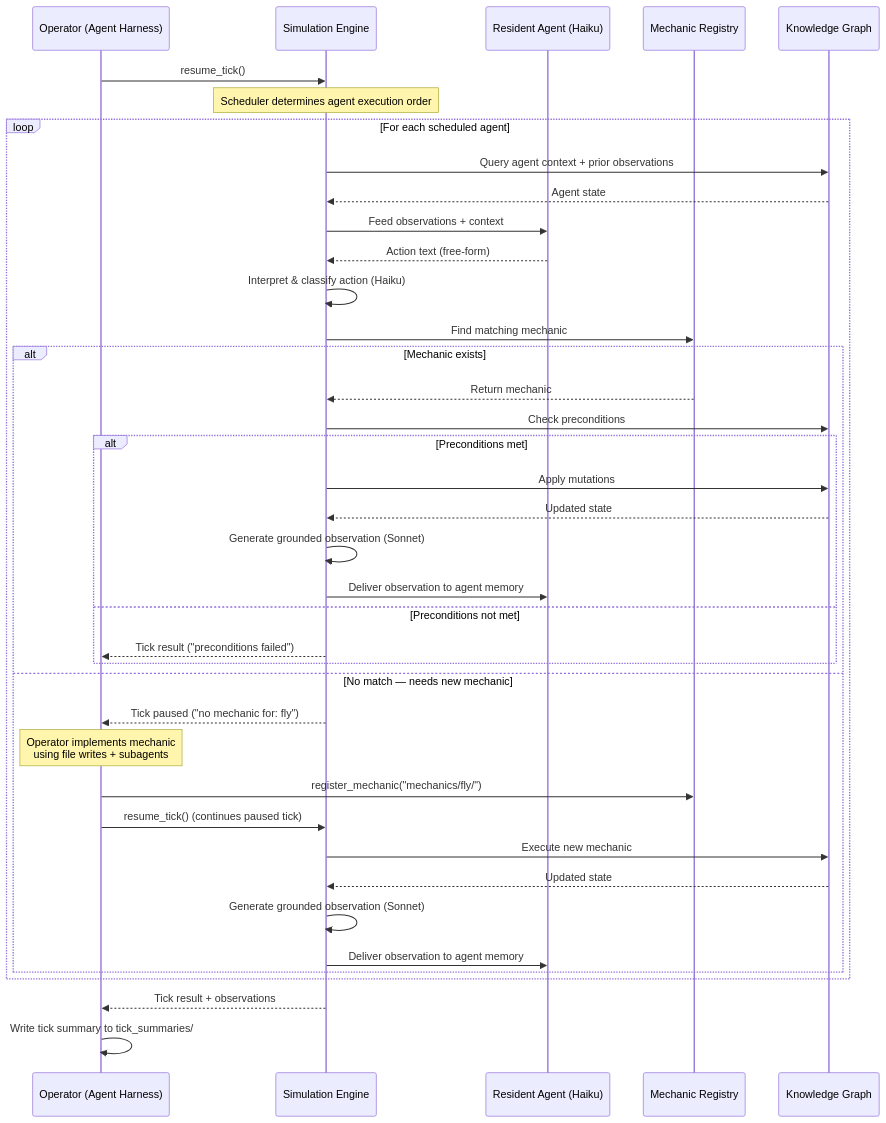
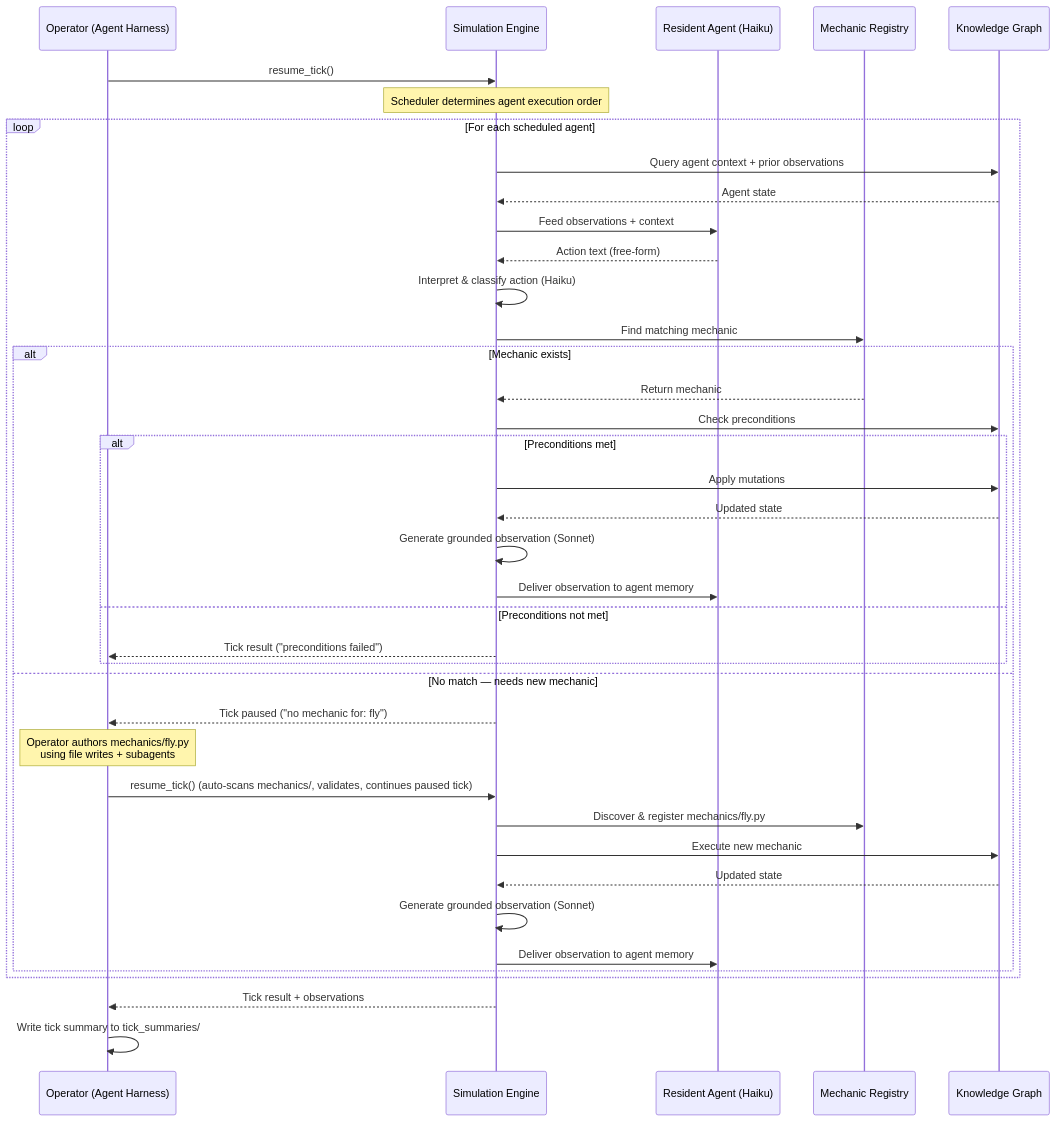
The second of 3 diagrams in docs/design/architecture.md (reubenjohn/token-world), drawn with Mermaid before and after one commit. The commit also changed other lines of this file and 10 other files, not shown here.

````diff
--- a/docs/design/architecture.md
+++ b/docs/design/architecture.md
@@ -42,44 +41,44 @@
 ```mermaid
 sequenceDiagram
     participant O as Operator (Agent Harness)
     participant E as Simulation Engine
     participant A as Resident Agent (Haiku)
     participant M as Mechanic Registry
     participant G as Knowledge Graph
 
     O->>E: resume_tick()
     Note over E: Scheduler determines agent execution order
 
     loop For each scheduled agent
         E->>G: Query agent context + prior observations
         G-->>E: Agent state
         E->>A: Feed observations + context
         A-->>E: Action text (free-form)
         E->>E: Interpret & classify action (Haiku)
         E->>M: Find matching mechanic
         alt Mechanic exists
             M-->>E: Return mechanic
             E->>G: Check preconditions
             alt Preconditions met
                 E->>G: Apply mutations
                 G-->>E: Updated state
                 E->>E: Generate grounded observation (Sonnet)
                 E->>A: Deliver observation to agent memory
             else Preconditions not met
                 E-->>O: Tick result ("preconditions failed")
             end
         else No match — needs new mechanic
             E-->>O: Tick paused ("no mechanic for: fly")
-            Note over O: Operator implements mechanic<br/>using file writes + subagents
-            O->>M: register_mechanic("mechanics/fly/")
-            O->>E: resume_tick() (continues paused tick)
+            Note over O: Operator authors mechanics/fly.py<br/>using file writes + subagents
+            O->>E: resume_tick() (auto-scans mechanics/, validates, continues paused tick)
+            E->>M: Discover & register mechanics/fly.py
             E->>G: Execute new mechanic
             G-->>E: Updated state
             E->>E: Generate grounded observation (Sonnet)
             E->>A: Deliver observation to agent memory
         end
     end
 
     E-->>O: Tick result + observations
     O->>O: Write tick summary to tick_summaries/
 ```
````
